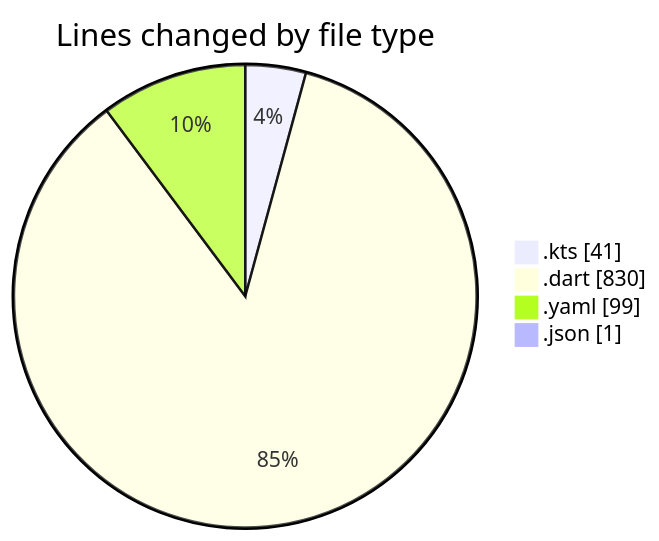
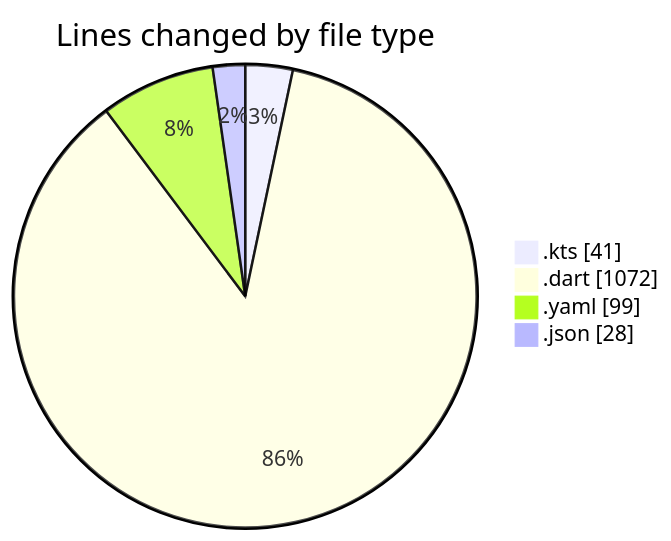
One commit to donsfak/code-tracking changed the first of 2 diagrams in 2025-10-20/weather_insights_app/README.md. Above: the diagram before and after it, drawn with Mermaid. The commit also changed other lines of this file and 1 other file, not shown here.

````diff
--- a/2025-10-20/weather_insights_app/README.md
+++ b/2025-10-20/weather_insights_app/README.md
@@ -26,8 +28,8 @@
 ```mermaid
 pie showData
 title Lines changed by file type
 ".kts" : 41
-".dart" : 830
+".dart" : 1072
 ".yaml" : 99
-".json" : 1
+".json" : 28
 ```
````
